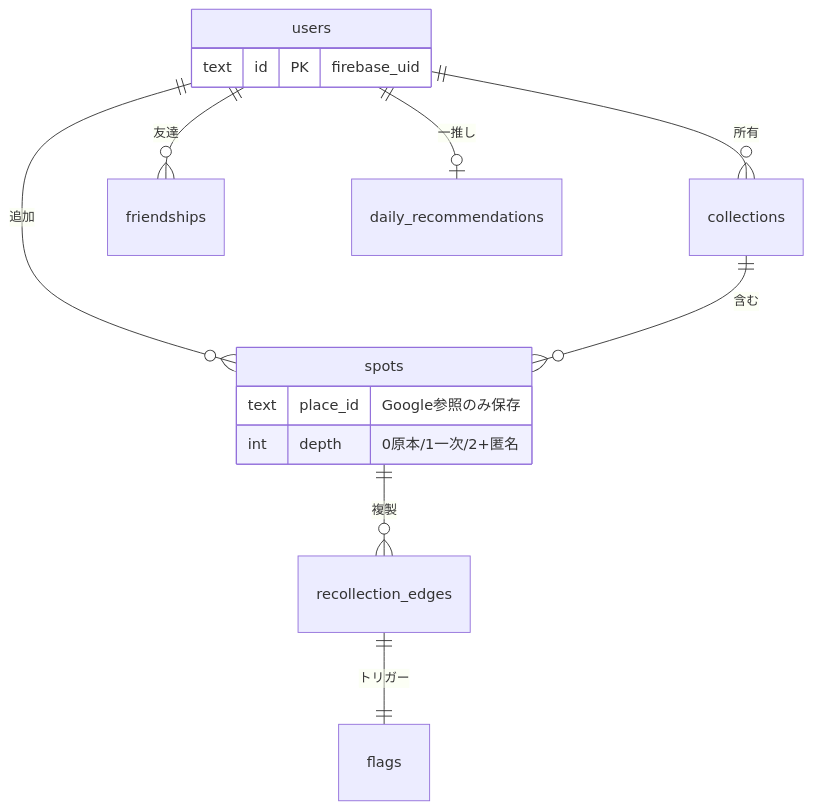
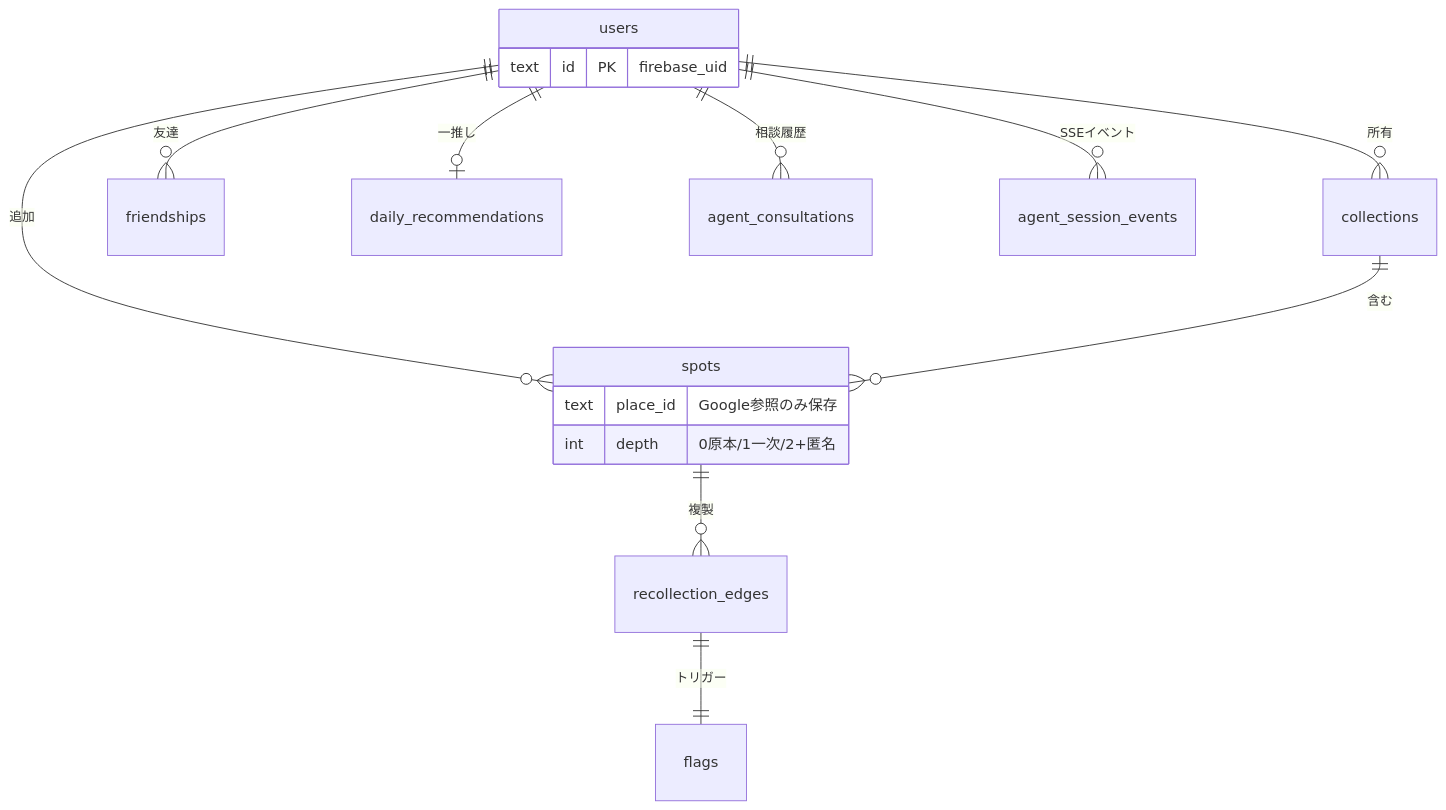
One commit to protofield-labs/mogu changed the second of 2 diagrams in README.md. Above: the diagram before and after it, drawn with Mermaid. The commit also changed other lines of this file and 3 other files, not shown here.

````diff
--- a/README.md
+++ b/README.md
@@ -80,18 +107,20 @@
 ```mermaid
 erDiagram
     users ||--o{ collections : "所有"
     users ||--o{ spots : "追加"
     collections ||--o{ spots : "含む"
     users ||--o{ friendships : "友達"
     spots ||--o{ recollection_edges : "複製"
     recollection_edges ||--|| flags : "トリガー"
     users ||--o| daily_recommendations : "一推し"
+    users ||--o{ agent_consultations : "相談履歴"
+    users ||--o{ agent_session_events : "SSEイベント"
 
     users {
         text id PK "firebase_uid"
     }
     spots {
         text place_id "Google参照のみ保存"
         int depth "0原本/1一次/2+匿名"
     }
 ```
````
